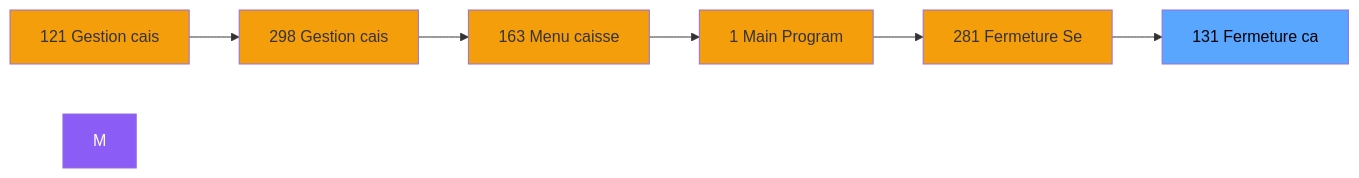
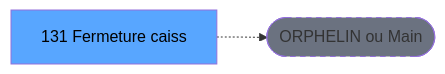
One commit to thonyAGP/lecteur-magic changed the second of 3 diagrams in .openspec/renders/ADH-IDE-131.md. Above: the diagram before and after it, drawn with Mermaid. The commit also changed other lines of this file and 701 other files, not shown here.

````diff
--- a/.openspec/renders/ADH-IDE-131.md
+++ b/.openspec/renders/ADH-IDE-131.md
@@ -126,21 +126,8 @@
 ```mermaid
 graph LR
-    N121[121 Gestion cais]
-    N298[298 Gestion cais]
-    N163[163 Menu caisse ]
-    N1[1 Main Program]
-    N281[281 Fermeture Se]
-    T[131 Fermeture ca]
-    N121 --> N298
-    N298 --> N163
-    N163 --> N1
-    N1 --> N281
-    N281 --> T
-    style M fill:#8b5cf6,color:#fff
-    style N121 fill:#f59e0b
-    style N298 fill:#f59e0b
-    style N163 fill:#f59e0b
-    style N1 fill:#f59e0b
-    style N281 fill:#f59e0b
+    T[131 Fermeture caiss]
+    ORPHAN([ORPHELIN ou Main])
+    T -.-> ORPHAN
     style T fill:#58a6ff,color:#000
+    style ORPHAN fill:#6b7280,stroke-dasharray: 5 5
 ```
````
